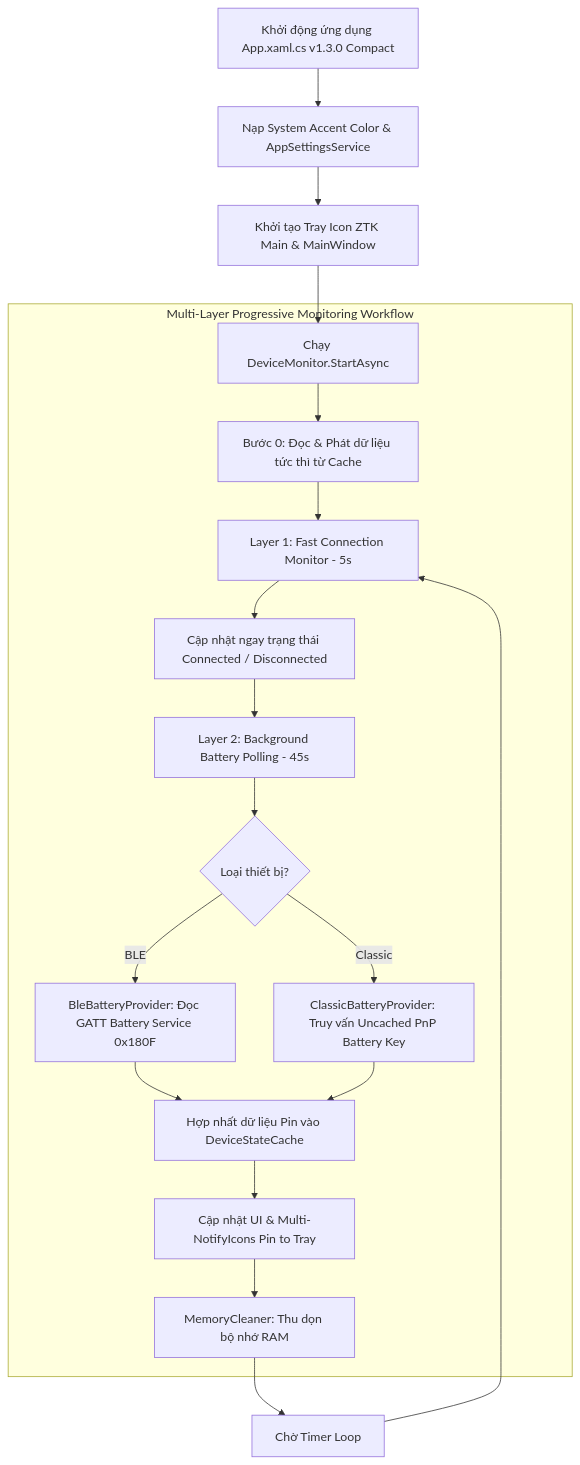
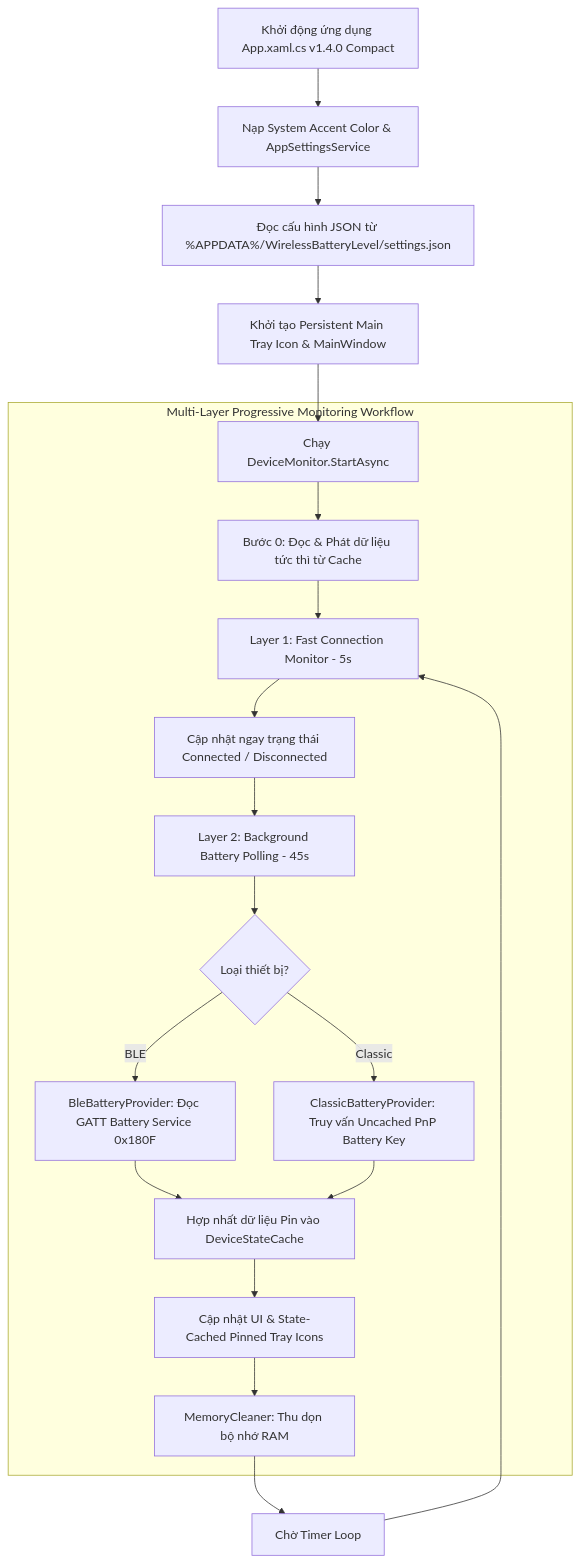
One commit to LyTinh1106/WirelessBatteryLevel changed the diagram in PROJECT_OVERVIEW.md. Above: the diagram before and after it, drawn with Mermaid. The commit also changed other lines of this file and 4 other files, not shown here.

Commit message:
feat(v1.4.0): add settings persistence and optimize tray icon stability with single representation mode

````diff
--- a/PROJECT_OVERVIEW.md
+++ b/PROJECT_OVERVIEW.md
@@ -17,25 +17,26 @@
 ```mermaid
 flowchart TD
-    A[Khởi động ứng dụng App.xaml.cs v1.3.0 Compact] --> B[Nạp System Accent Color & AppSettingsService]
-    B --> C[Khởi tạo Tray Icon ZTK Main & MainWindow]
-    C --> D[Chạy DeviceMonitor.StartAsync]
+    A[Khởi động ứng dụng App.xaml.cs v1.4.0 Compact] --> B[Nạp System Accent Color & AppSettingsService]
+    B --> C[Đọc cấu hình JSON từ %APPDATA%/WirelessBatteryLevel/settings.json]
+    C --> D[Khởi tạo Persistent Main Tray Icon & MainWindow]
+    D --> E[Chạy DeviceMonitor.StartAsync]
     
     subgraph Multi-Layer Progressive Monitoring Workflow
-        D --> E[Bước 0: Đọc & Phát dữ liệu tức thì từ Cache]
-        E --> F[Layer 1: Fast Connection Monitor - 5s]
-        F --> G[Cập nhật ngay trạng thái Connected / Disconnected]
-        G --> H[Layer 2: Background Battery Polling - 45s]
+        E --> F[Bước 0: Đọc & Phát dữ liệu tức thì từ Cache]
+        F --> G[Layer 1: Fast Connection Monitor - 5s]
+        G --> H[Cập nhật ngay trạng thái Connected / Disconnected]
+        H --> I[Layer 2: Background Battery Polling - 45s]
         
-        H --> I{Loại thiết bị?}
-        I -- BLE --> J[BleBatteryProvider: Đọc GATT Battery Service 0x180F]
-        I -- Classic --> K[ClassicBatteryProvider: Truy vấn Uncached PnP Battery Key]
+        I --> J{Loại thiết bị?}
+        J -- BLE --> K[BleBatteryProvider: Đọc GATT Battery Service 0x180F]
+        J -- Classic --> L[ClassicBatteryProvider: Truy vấn Uncached PnP Battery Key]
         
-        J --> L[Hợp nhất dữ liệu Pin vào DeviceStateCache]
-        K --> L
-        L --> M[Cập nhật UI & Multi-NotifyIcons Pin to Tray]
-        M --> N[MemoryCleaner: Thu dọn bộ nhớ RAM]
+        K --> M[Hợp nhất dữ liệu Pin vào DeviceStateCache]
+        L --> M
+        M --> N[Cập nhật UI & State-Cached Pinned Tray Icons]
+        N --> O[MemoryCleaner: Thu dọn bộ nhớ RAM]
     end
 
-    N --> O[Chờ Timer Loop]
-    O --> F
+    O --> P[Chờ Timer Loop]
+    P --> G
 ```
````
